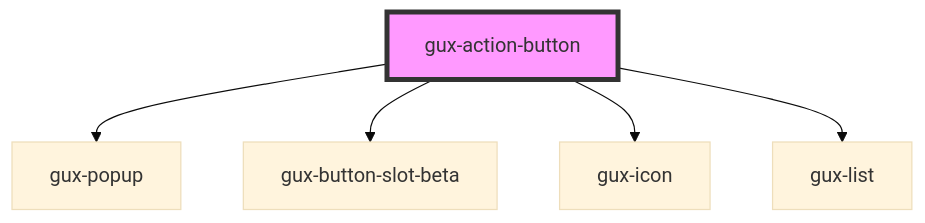
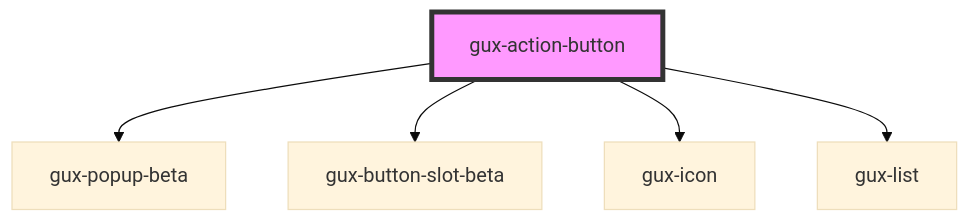
One commit to MyPureCloud/genesys-spark changed the diagram in src/components/stable/gux-action-button/readme.md. Above: the diagram before and after it, drawn with Mermaid (base theme). The commit also changed other lines of this file and 11 other files, not shown here.

First line of the commit message:
fix(gux-popup-beta): action-button and button-multi now use floating-ui popup (#1132)

````diff
--- a/src/components/stable/gux-action-button/readme.md
+++ b/src/components/stable/gux-action-button/readme.md
@@ -48,8 +48,8 @@
 ```mermaid
 graph TD;
-  gux-action-button --> gux-popup
+  gux-action-button --> gux-popup-beta
   gux-action-button --> gux-button-slot-beta
   gux-action-button --> gux-icon
   gux-action-button --> gux-list
   style gux-action-button fill:#f9f,stroke:#333,stroke-width:4px
 ```
````
